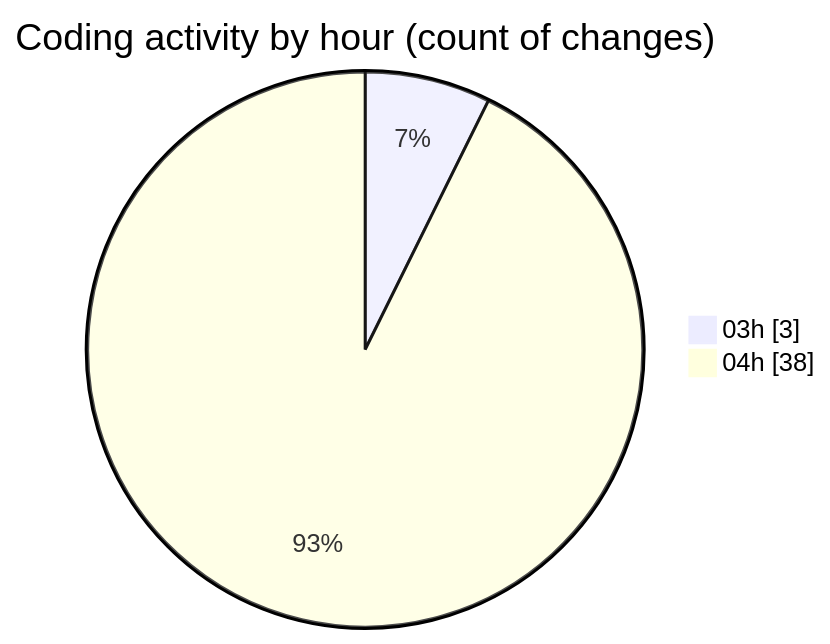
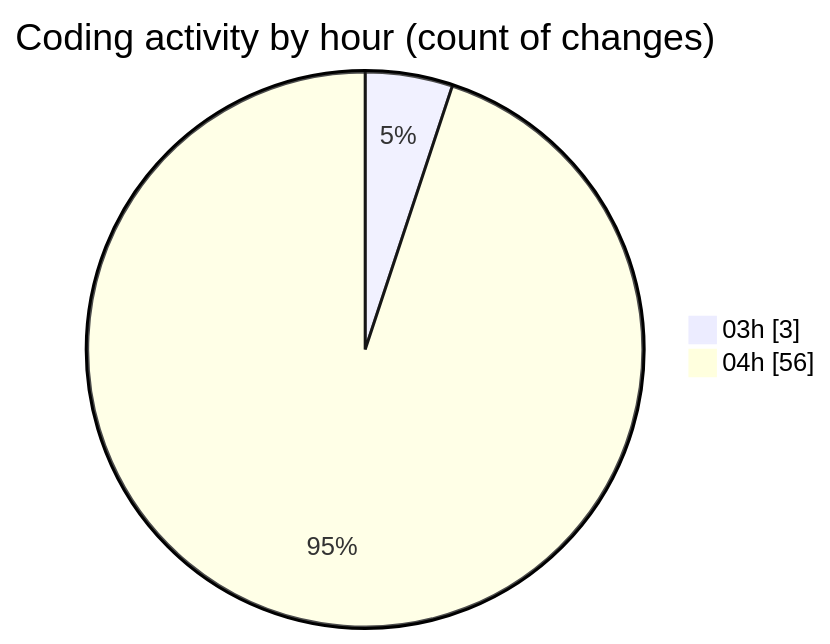
One commit to ernivani/code-tracking changed the second of 2 diagrams in 2025-01-03/tinycms/README.md. Above: the diagram before and after it, drawn with Mermaid. The commit also changed other lines of this file and 2 other files, not shown here.

````diff
--- a/2025-01-03/tinycms/README.md
+++ b/2025-01-03/tinycms/README.md
@@ -40,6 +48,6 @@
 ```mermaid
 pie showData
 title Coding activity by hour (count of changes)
 "03h" : 3
-"04h" : 38
+"04h" : 56
 ```
````
